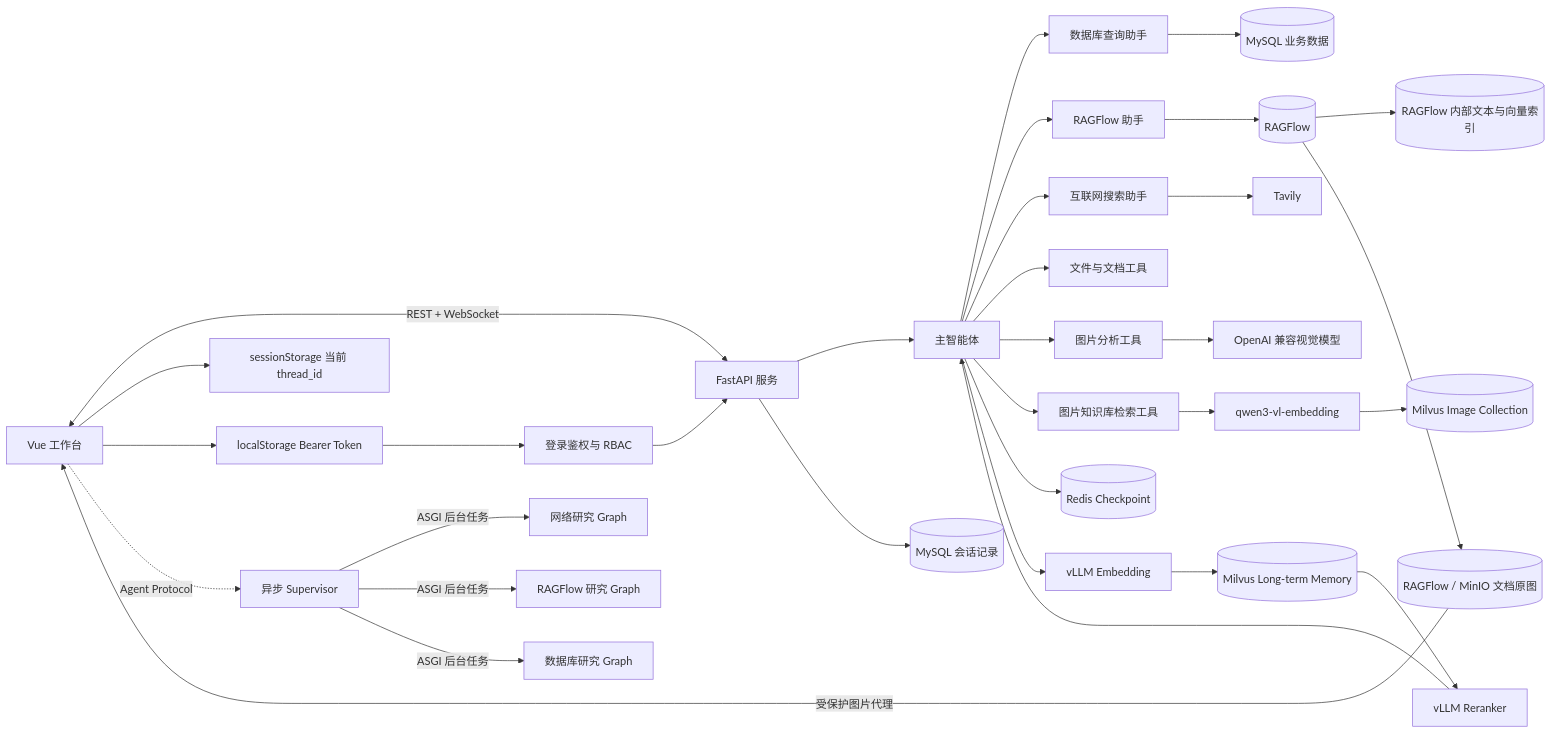
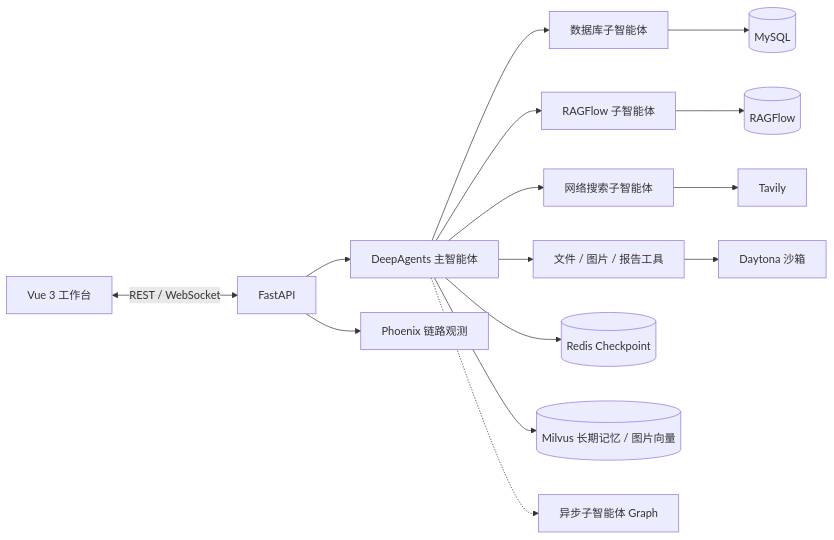
The diagram in README.md (XiaoFeiCode/DeepResearchAgent), drawn with Mermaid before and after one commit. The commit also changed other lines of this file and 83 other files, not shown here.

Commit message:
Upgrade OmniResearch architecture and tooling

````diff
--- a/README.md
+++ b/README.md
@@ -101,34 +37,21 @@
 ```mermaid
 flowchart LR
-    UI[Vue 工作台] <-->|REST + WebSocket| API[FastAPI 服务]
-    UI --> SESSION[sessionStorage 当前 thread_id]
-    UI --> TOKEN[localStorage Bearer Token]
-    TOKEN --> AUTH[登录鉴权与 RBAC]
-    AUTH --> API
-    API --> MAIN[主智能体]
-    UI -.->|Agent Protocol| ASYNC[异步 Supervisor]
-    ASYNC -->|ASGI 后台任务| AWEB[网络研究 Graph]
-    ASYNC -->|ASGI 后台任务| ARAG[RAGFlow 研究 Graph]
-    ASYNC -->|ASGI 后台任务| ADB[数据库研究 Graph]
-    API --> HISTORY[(MySQL 会话记录)]
-    MAIN --> DB[数据库查询助手]
-    MAIN --> RAG[RAGFlow 助手]
-    MAIN --> WEB[互联网搜索助手]
-    MAIN --> DOC[文件与文档工具]
-    MAIN --> VISION[图片分析工具]
-    MAIN --> IMGSEARCH[图片知识库检索工具]
-    DB --> MYSQL[(MySQL 业务数据)]
-    RAG --> RF[(RAGFlow)]
-    RF --> RFVEC[(RAGFlow 内部文本与向量索引)]
-    RF --> RFIMG[(RAGFlow / MinIO 文档原图)]
-    RFIMG -->|受保护图片代理| UI
+    UI[Vue 3 工作台] <-->|REST / WebSocket| API[FastAPI]
+    API --> MAIN[DeepAgents 主智能体]
+
+    MAIN --> DB[数据库子智能体]
+    MAIN --> RAG[RAGFlow 子智能体]
+    MAIN --> WEB[网络搜索子智能体]
+    MAIN --> FILE[文件 / 图片 / 报告工具]
+
+    DB --> MYSQL[(MySQL)]
+    RAG --> RAGFLOW[(RAGFlow)]
     WEB --> TAVILY[Tavily]
-    VISION --> VLM[OpenAI 兼容视觉模型]
-    IMGSEARCH --> MMEMBED[qwen3-vl-embedding]
-    MMEMBED --> IMAGES[(Milvus Image Collection)]
-    MAIN --> SHORT[(Redis Checkpoint)]
-    MAIN --> EMBED[vLLM Embedding]
-    EMBED --> LONG[(Milvus Long-term Memory)]
-    LONG --> RERANK[vLLM Reranker]
-    RERANK --> MAIN
+    FILE --> SANDBOX[Daytona 沙箱]
+
+    MAIN --> REDIS[(Redis Checkpoint)]
+    MAIN --> MILVUS[(Milvus 长期记忆 / 图片向量)]
+    MAIN -.-> ASYNC[异步子智能体 Graph]
+
+    API --> PHOENIX[Phoenix 链路观测]
 ```
````
